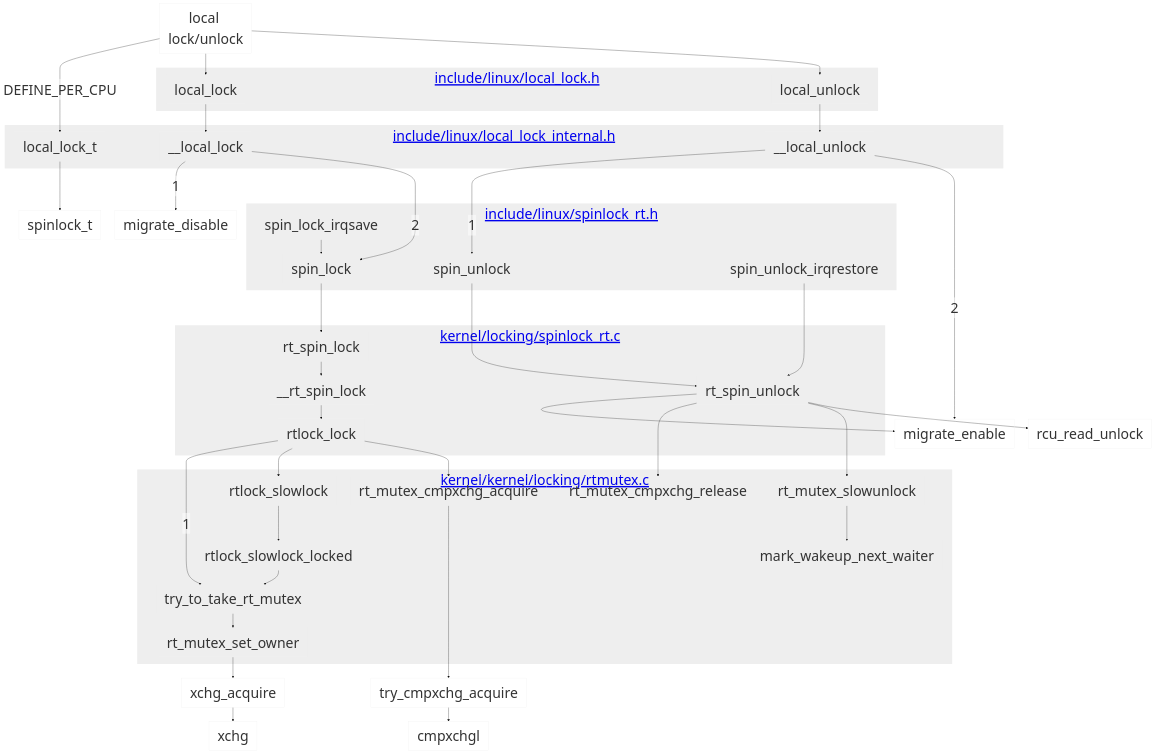
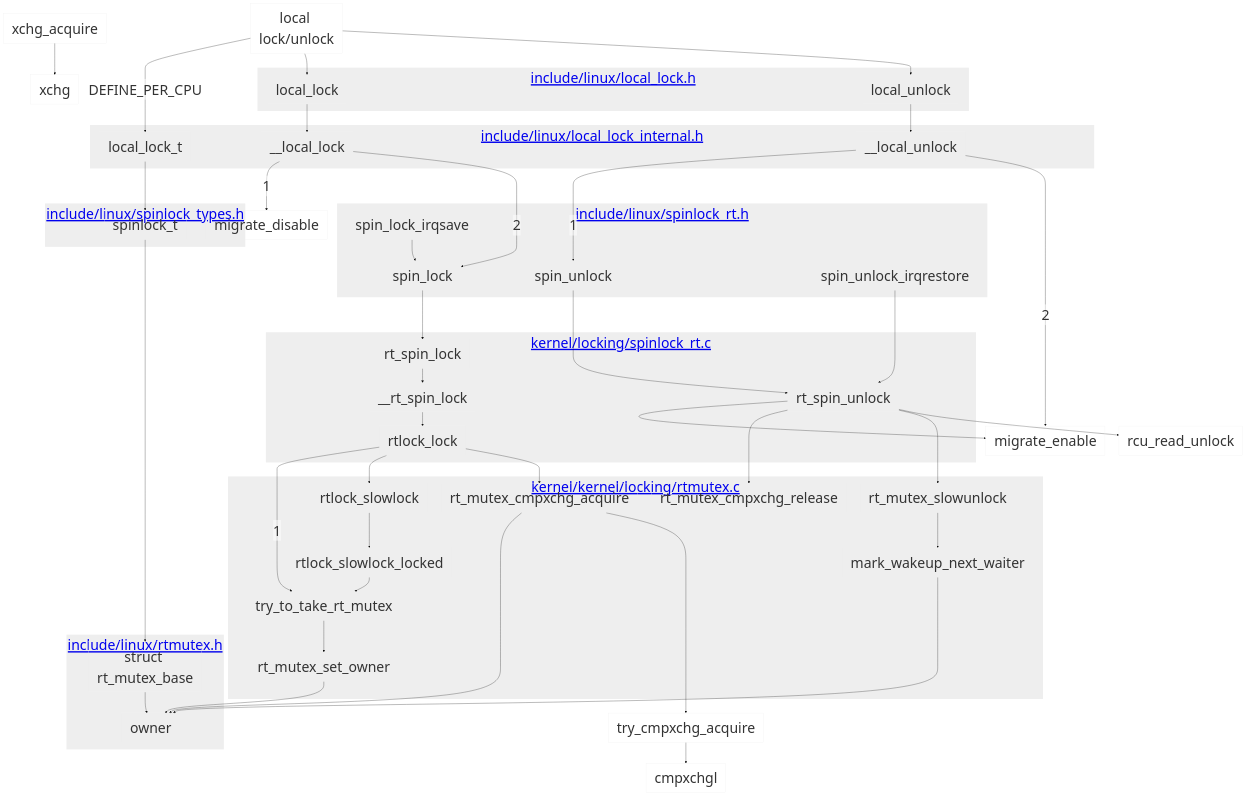
One commit to makelinux/linux_kernel_map changed the second of 2 diagrams in rt-locks.md. Above: the diagram before and after it, drawn with Mermaid.

Commit message:
Update rt-locks.md
mutex owner

````diff
--- a/rt-locks.md
+++ b/rt-locks.md
@@ -57,57 +57,67 @@
 ```mermaid
 %%{
 	init: {
 		'theme': 'base',
 		'themeVariables': {
         		'primaryColor': '#fff0',
         		'primaryBorderColor': '#eeef',
 			'clusterBkg': '#eeef',
 			'fontSize':'50px'
 		}
 	}
 }%%
 graph TB
 local["local lock/unlock"] -->|DEFINE_PER_CPU| local_lock_t
 local --> local_lock & local_unlock
 local_lock_t --> spinlock_t
+subgraph "<a href=https://elixir.bootlin.com/linux/latest/source/include/linux/rtmutex.h>include/linux/rtmutex.h</a>"
+rt_mutex_base["struct rt_mutex_base"] --> owner
+end
+
+subgraph "<a href=https://elixir.bootlin.com/linux/latest/source/include/linux/spinlock_types.h>include/linux/spinlock_types.h</a>"
+spinlock_t --> rt_mutex_base
+end
+
 subgraph "<a href=https://elixir.bootlin.com/linux/latest/source/include/linux/local_lock.h>include/linux/local_lock.h</a>"
 local_lock
 local_unlock
 end
 subgraph "<a href=https://elixir.bootlin.com/linux/latest/source/include/linux/local_lock_internal.h>include/linux/local_lock_internal.h</a>"
 local_lock_t
 __local_lock
 __local_unlock
 end
 subgraph "<a href=https://elixir.bootlin.com/linux/latest/source/include/linux/spinlock_rt.h>include/linux/spinlock_rt.h</a>"
 spin_lock_irqsave --> spin_lock
 spin_unlock
 spin_unlock_irqrestore
 end
 subgraph "<a href=https://elixir.bootlin.com/linux/latest/source/kernel/locking/spinlock_rt.c>kernel/locking/spinlock_rt.c</a>"
 rt_spin_lock --> __rt_spin_lock --> rtlock_lock
 spin_unlock_irqrestore --> rt_spin_unlock
 end
 local_lock --> __local_lock -->|1| migrate_disable
 __local_lock --->|2| spin_lock --> rt_spin_lock
 rtlock_lock -->|1| try_to_take_rt_mutex
 
 subgraph "<a href=https://elixir.bootlin.com/linux/latest/source/kernel/kernel/locking/rtmutex.c>kernel/kernel/locking/rtmutex.c</a>"
 rtlock_lock --> rtlock_slowlock --> rtlock_slowlock_locked
 --> try_to_take_rt_mutex --> rt_mutex_set_owner
 rtlock_lock --> rt_mutex_cmpxchg_acquire
 rt_mutex_cmpxchg_release
-rt_mutex_slowunlock --> mark_wakeup_next_waiter
+rt_mutex_slowunlock --> mark_wakeup_next_waiter --> owner
 end
+rt_mutex_cmpxchg_acquire --> owner
 rt_mutex_cmpxchg_acquire -----> try_cmpxchg_acquire --> cmpxchgl
 
-rt_mutex_set_owner -->xchg_acquire -->xchg
+rt_mutex_set_owner --> owner
+xchg_acquire -->xchg
 
 local_unlock --> __local_unlock --->|1| spin_unlock
 __local_unlock -->|2| migrate_enable
 spin_unlock ---> rt_spin_unlock
 --> migrate_enable & rt_mutex_cmpxchg_release & rt_mutex_slowunlock
 
 rt_spin_unlock --> rcu_read_unlock
 
 ```
````
